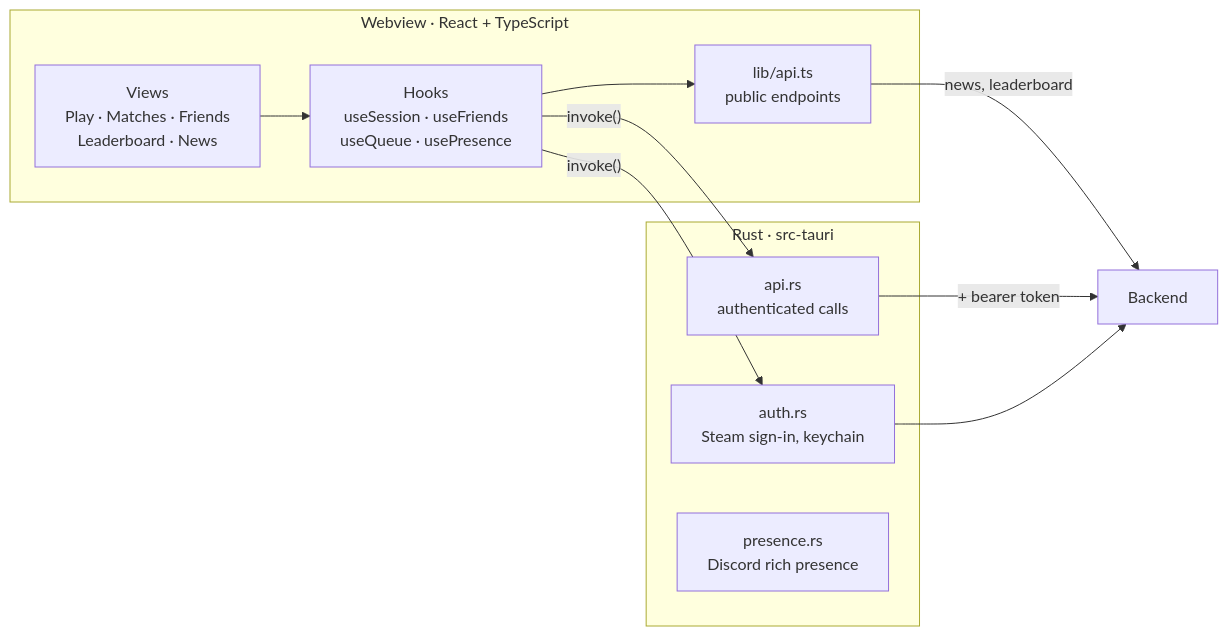
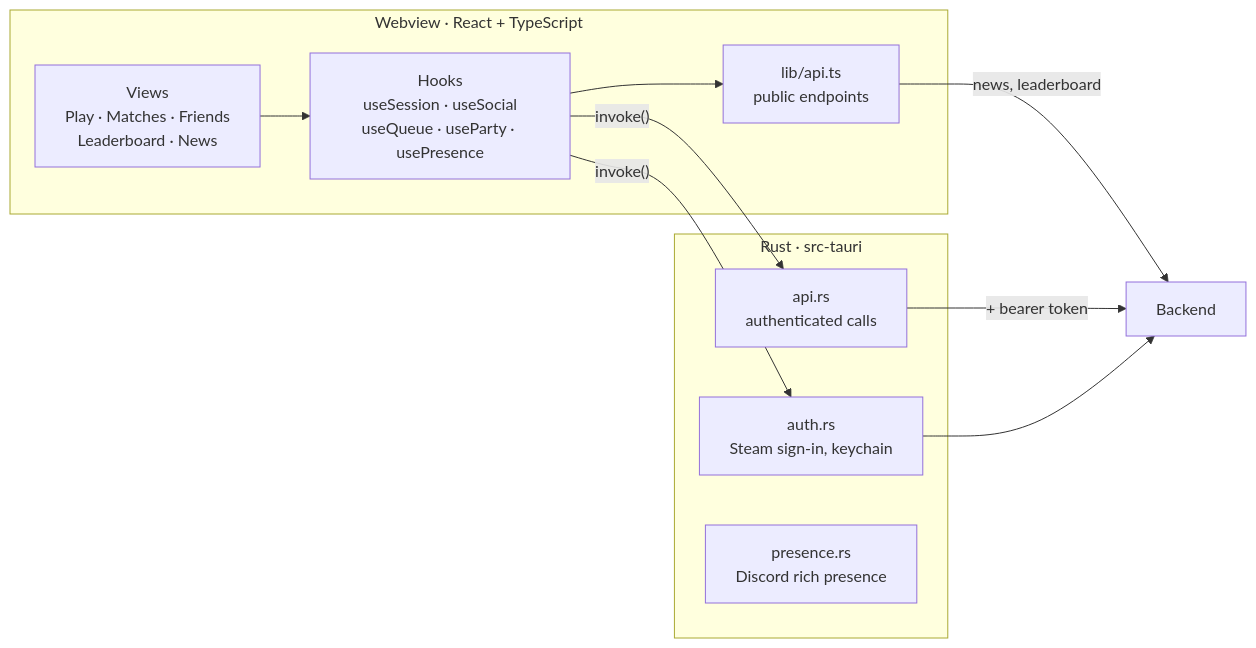
One commit to flickedgg/FLICKED changed the eighth of 9 diagrams in ARCHITECTURE.md. Above: the diagram before and after it, drawn with Mermaid. The commit also changed other lines of this file, not shown here.

First line of the commit message:
docs(architecture): parties on the map

````diff
--- a/ARCHITECTURE.md
+++ b/ARCHITECTURE.md
@@ -309,24 +344,24 @@
 ```mermaid
 graph LR
     subgraph webview["Webview · React + TypeScript"]
         views["Views<br/>Play · Matches · Friends<br/>Leaderboard · News"]
-        hooks["Hooks<br/>useSession · useFriends<br/>useQueue · usePresence"]
+        hooks["Hooks<br/>useSession · useSocial<br/>useQueue · useParty · usePresence"]
         api["lib/api.ts<br/>public endpoints"]
     end
 
     subgraph rust["Rust · src-tauri"]
         authrs["auth.rs<br/>Steam sign-in, keychain"]
         apirs["api.rs<br/>authenticated calls"]
         presence["presence.rs<br/>Discord rich presence"]
     end
 
     backend["Backend"]
 
     views --> hooks
     hooks --> api
     hooks -->|"invoke()"| authrs
     hooks -->|"invoke()"| apirs
     api -->|"news, leaderboard"| backend
     apirs -->|"+ bearer token"| backend
     authrs --> backend
 ```
````
